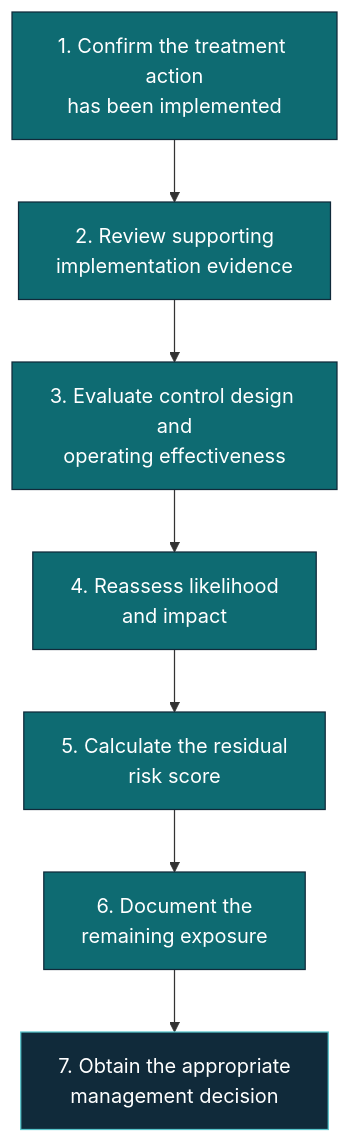
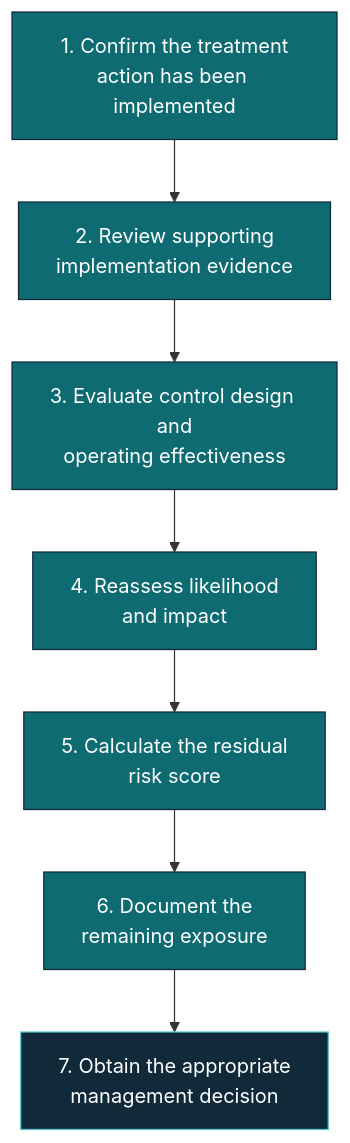
The second of 2 diagrams in grc-risk-compliance-portfolio/01-Risk-Management/Cybersecurity-Risk-Assessment/7. Enterprise Cybersecurity Risk Treatment Plan.md (cyberchi3f/Portfolio), drawn with Mermaid before and after one commit. The commit also changed other lines of this file, not shown here.

First line of the commit message:
Update 7. Enterprise Cybersecurity Risk Treatment Plan.md

````diff
--- a/grc-risk-compliance-portfolio/01-Risk-Management/Cybersecurity-Risk-Assessment/7. Enterprise Cybersecurity Risk Treatment Plan.md
+++ b/grc-risk-compliance-portfolio/01-Risk-Management/Cybersecurity-Risk-Assessment/7. Enterprise Cybersecurity Risk Treatment Plan.md
@@ -392,14 +385,14 @@
 ```mermaid
 flowchart TD
-    A["1. Confirm the treatment action<br/>has been implemented"] --> B["2. Review supporting<br/>implementation evidence"]
+    A["1. Confirm the treatment<br/>action has been implemented"] --> B["2. Review supporting<br/>implementation evidence"]
     B --> C["3. Evaluate control design and<br/>operating effectiveness"]
     C --> D["4. Reassess likelihood<br/>and impact"]
     D --> E["5. Calculate the residual<br/>risk score"]
     E --> F["6. Document the<br/>remaining exposure"]
     F --> G["7. Obtain the appropriate<br/>management decision"]
 
     classDef s fill:#0E6B72,stroke:#102A3A,color:#ffffff
     classDef e fill:#102A3A,stroke:#56C4CA,color:#ffffff
     class A,B,C,D,E,F s
     class G e
 ```
````
